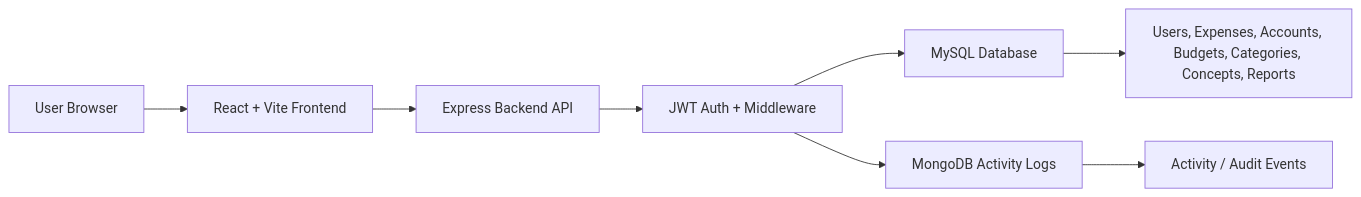
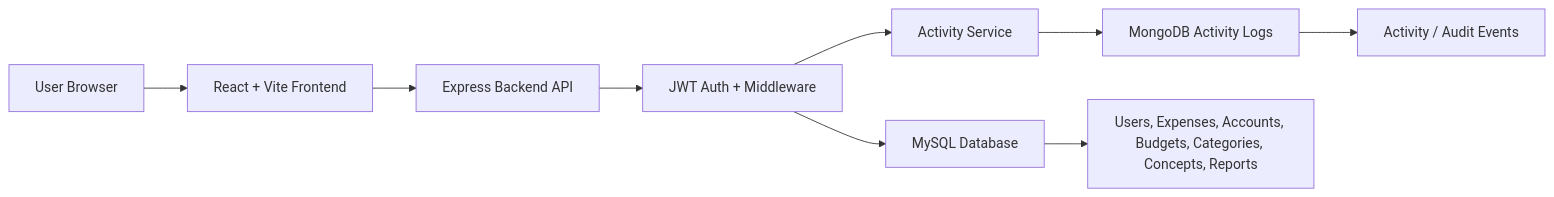
Before and after one commit to Dexteroso/expenses_report: the first of 4 diagrams in docs/architecture.md, drawn with Mermaid. The commit also changed other lines of this file and 13 other files, not shown here.

Commit message:
Extract activity logging into service

````diff
--- a/docs/architecture.md
+++ b/docs/architecture.md
@@ -7,10 +7,11 @@
 ```mermaid
 flowchart LR
   user["User Browser"] --> frontend["React + Vite Frontend"]
   frontend --> api["Express Backend API"]
   api --> auth["JWT Auth + Middleware"]
   auth --> mysql["MySQL Database"]
-  auth --> mongo["MongoDB Activity Logs"]
+  auth --> activity["Activity Service"]
+  activity --> mongo["MongoDB Activity Logs"]
   mysql --> financial["Users, Expenses, Accounts, Budgets, Categories, Concepts, Reports"]
   mongo --> audit["Activity / Audit Events"]
 ```
````
